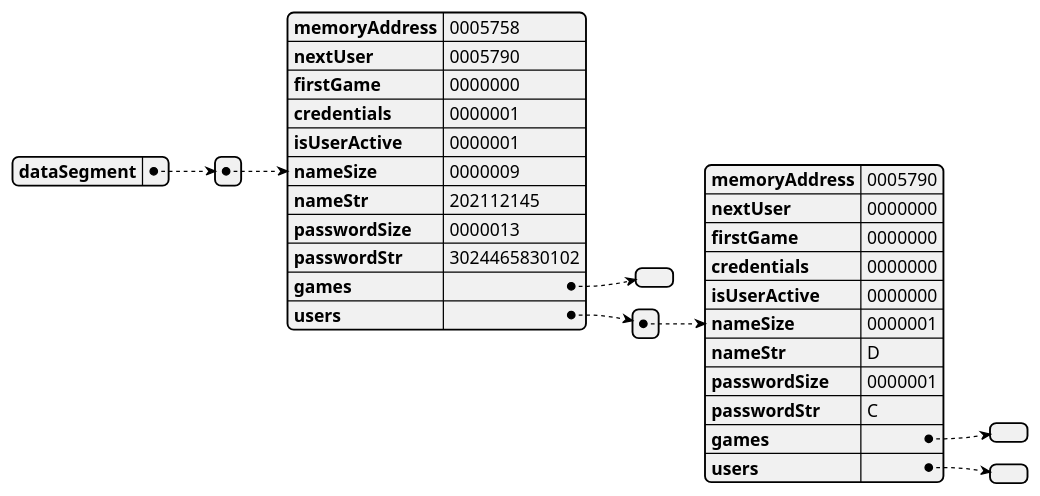
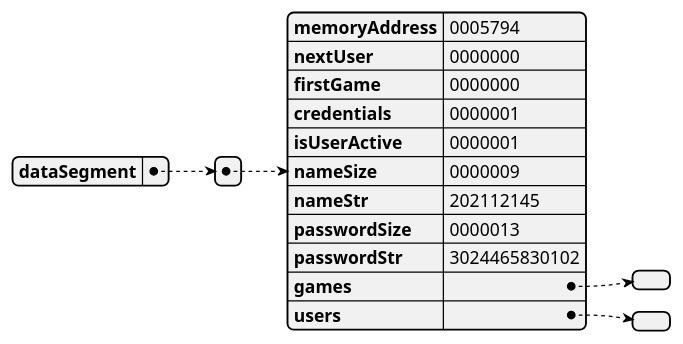
The diagram in docs/uml/README.md (danielcuque/ACE1-PROYECTO2), drawn with PlantUML before and after one commit. The commit also changed 3 other files, not shown here.

`````diff
--- a/docs/uml/README.md
+++ b/docs/uml/README.md
@@ -1,26 +1,16 @@
 ````plantuml
 @startjson memoryGraph
 {"dataSegment":
-[{"memoryAddress":"0005758",
-"nextUser":"0005790",
+[{"memoryAddress":"0005794",
+"nextUser":"0000000",
 "firstGame":"0000000",
 "credentials":"0000001",
 "isUserActive":"0000001",
 "nameSize":"0000009",
 "nameStr":"202112145",
 "passwordSize":"0000013",
 "passwordStr":"3024465830102",
 "games":[],
-"users":[{"memoryAddress":"0005790",
-"nextUser":"0000000",
-"firstGame":"0000000",
-"credentials":"0000000",
-"isUserActive":"0000000",
-"nameSize":"0000001",
-"nameStr":"D",
-"passwordSize":"0000001",
-"passwordStr":"C",
-"games":[],
-"users":[]}]}]}
+"users":[]}]}
 @endjson
 ````
`````
